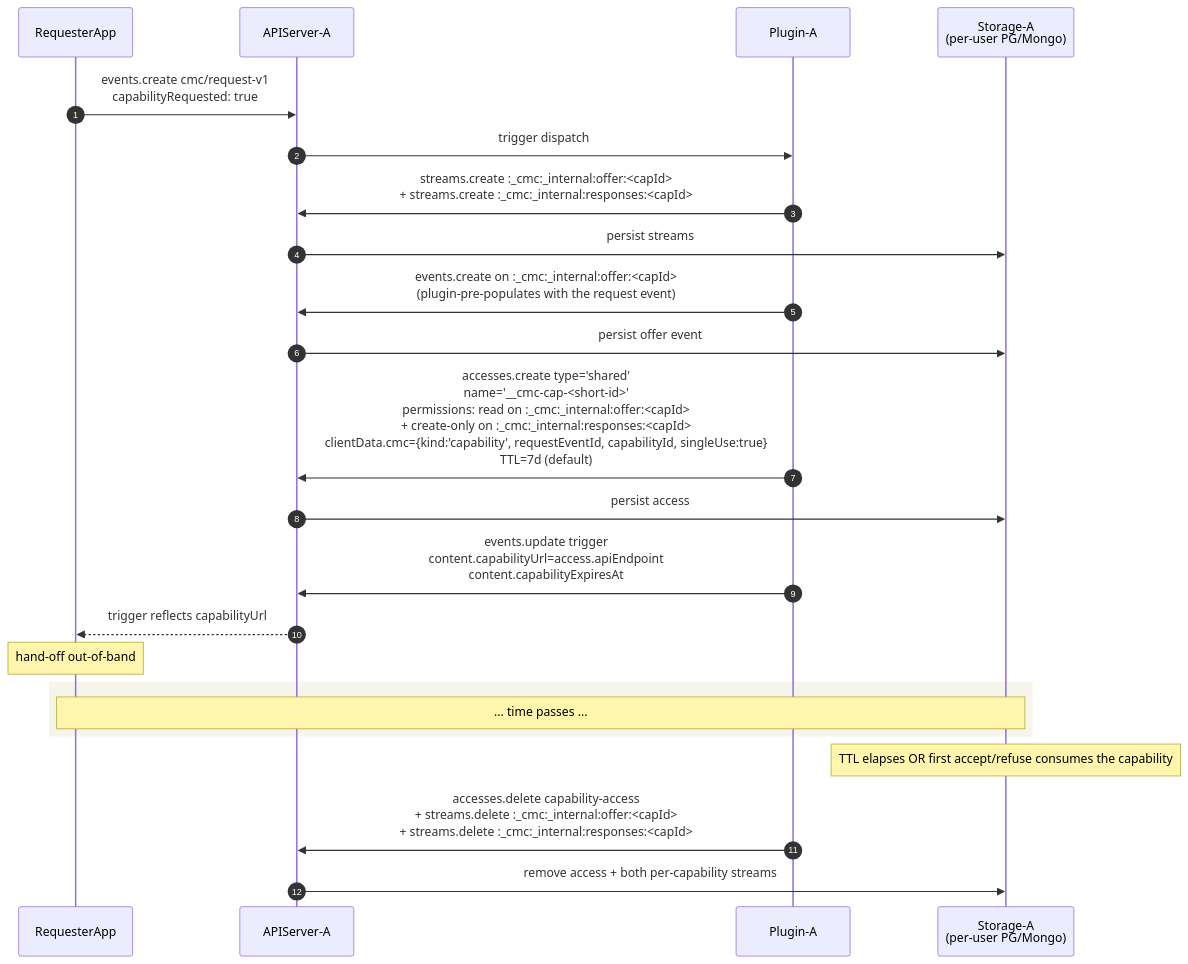
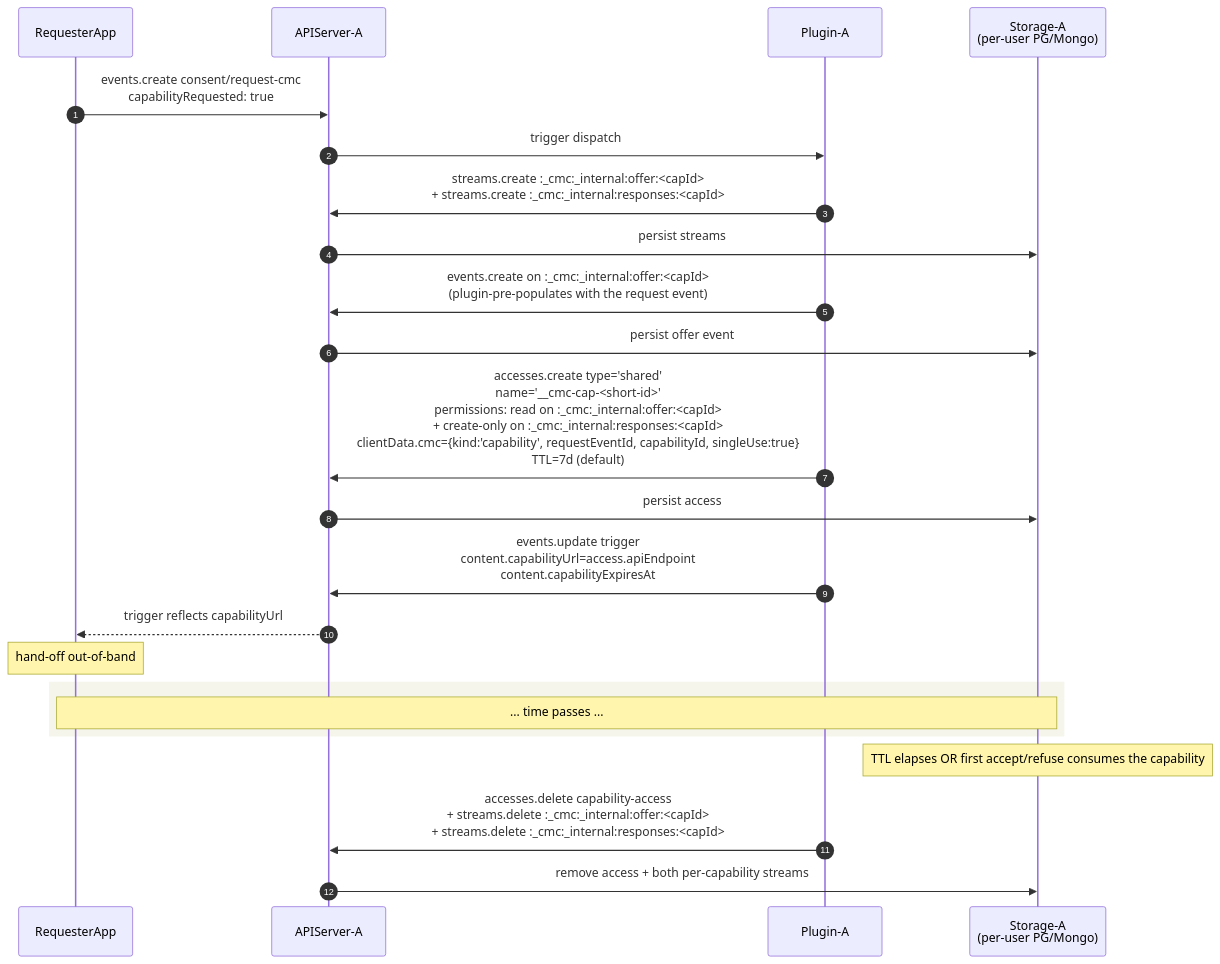
One commit to pryv/open-pryv.io changed the second of 14 diagrams in components/cmc/INTERNALS.md. Above: the diagram before and after it, drawn with Mermaid. The commit also changed other lines of this file and 40 other files, not shown here.

````diff
--- a/components/cmc/INTERNALS.md
+++ b/components/cmc/INTERNALS.md
@@ -87,28 +87,28 @@
 ```mermaid
 sequenceDiagram
     autonumber
     participant App as RequesterApp
     participant APIServer as APIServer-A
     participant Plugin as Plugin-A
     participant Storage as Storage-A<br/>(per-user PG/Mongo)
 
-    App->>APIServer: events.create cmc/request-v1<br/>capabilityRequested: true
+    App->>APIServer: events.create consent/request-cmc<br/>capabilityRequested: true
     APIServer->>Plugin: trigger dispatch
     Plugin->>APIServer: streams.create :_cmc:_internal:offer:<capId><br/>+ streams.create :_cmc:_internal:responses:<capId>
     APIServer->>Storage: persist streams
     Plugin->>APIServer: events.create on :_cmc:_internal:offer:<capId><br/>(plugin-pre-populates with the request event)
     APIServer->>Storage: persist offer event
     Plugin->>APIServer: accesses.create type='shared'<br/>name='__cmc-cap-<short-id>'<br/>permissions: read on :_cmc:_internal:offer:<capId><br/>+ create-only on :_cmc:_internal:responses:<capId><br/>clientData.cmc={kind:'capability', requestEventId, capabilityId, singleUse:true}<br/>TTL=7d (default)
     APIServer->>Storage: persist access
     Plugin->>APIServer: events.update trigger<br/>content.capabilityUrl=access.apiEndpoint<br/>content.capabilityExpiresAt
     APIServer-->>App: trigger reflects capabilityUrl
     Note over App: hand-off out-of-band
 
     rect rgb(245, 245, 235)
     Note over App,Storage: ... time passes ...
     end
 
     Note over Storage: TTL elapses OR first accept/refuse consumes the capability
     Plugin->>APIServer: accesses.delete capability-access<br/>+ streams.delete :_cmc:_internal:offer:<capId><br/>+ streams.delete :_cmc:_internal:responses:<capId>
     APIServer->>Storage: remove access + both per-capability streams
 ```
````
